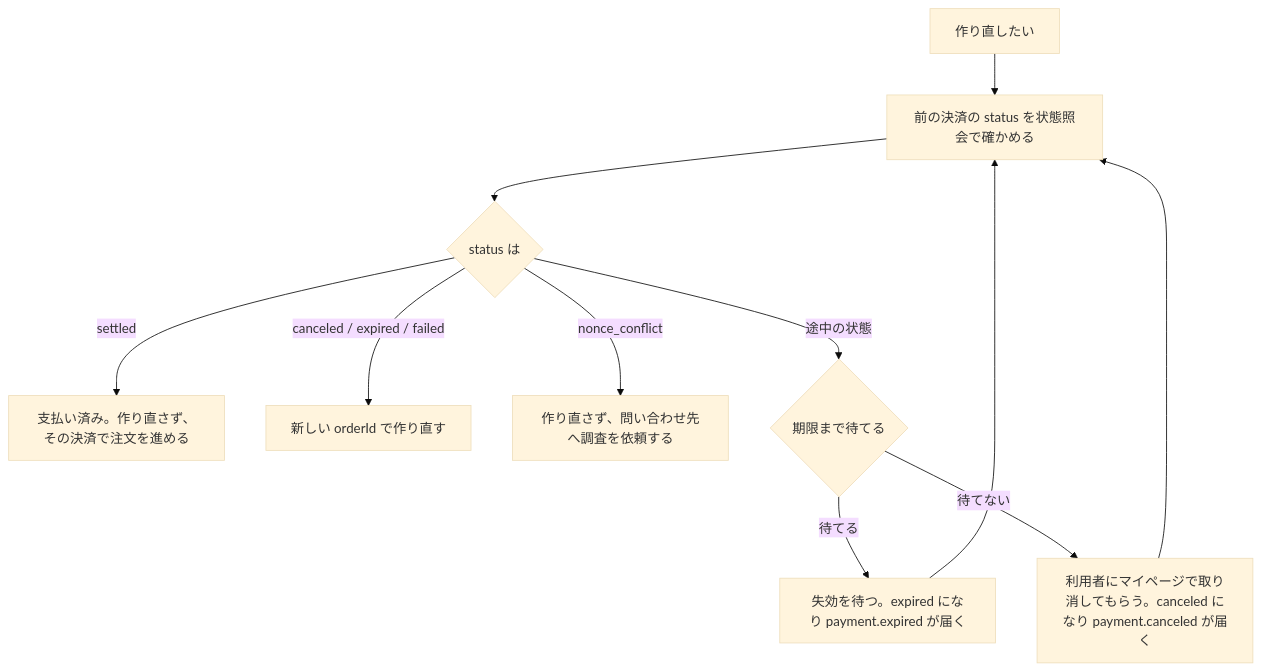
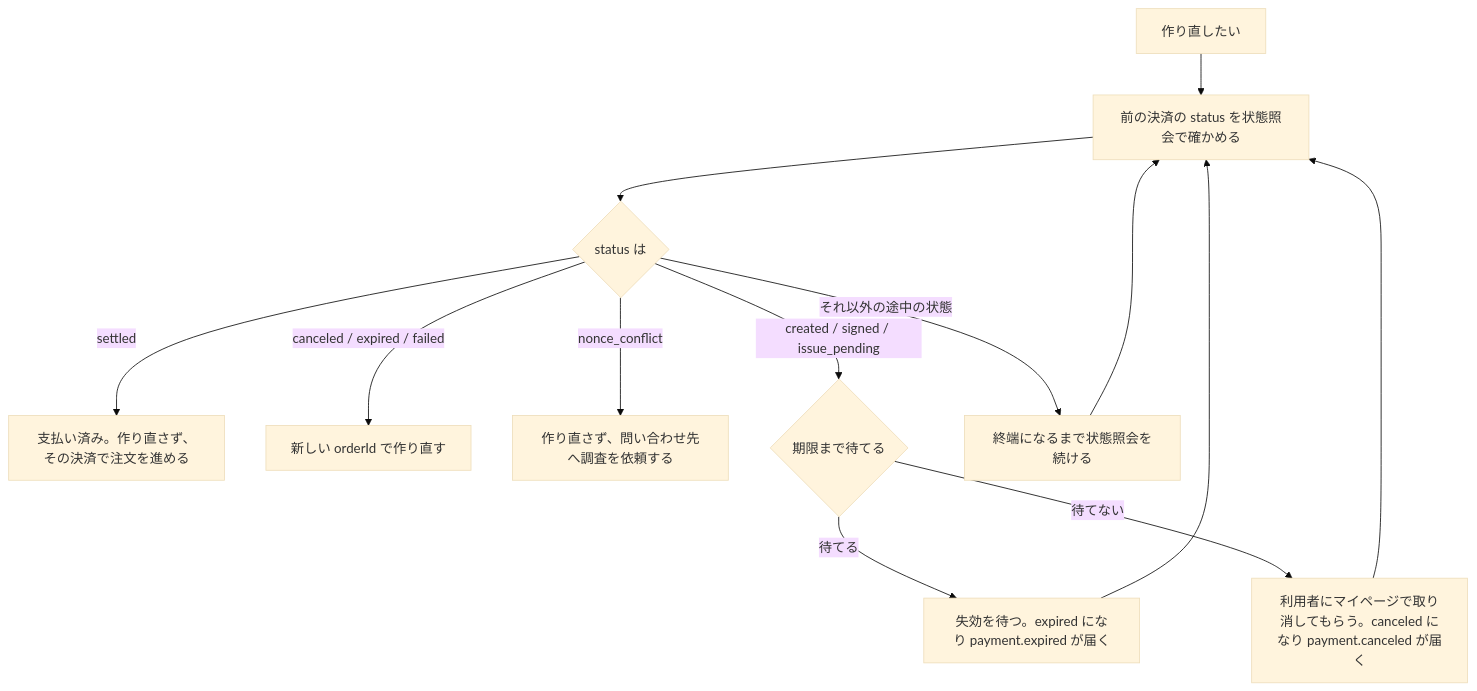
Before and after one commit to ango-ya/stbl-pay-site: the diagram in docs-site/docs/client/integrate-existing-ec.md, drawn with Mermaid (base theme). The commit also changed other lines of this file and 9 other files, not shown here.

````diff
--- a/docs-site/docs/client/integrate-existing-ec.md
+++ b/docs-site/docs/client/integrate-existing-ec.md
@@ -36,13 +36,15 @@
 ```mermaid
 flowchart TD
   A[作り直したい] --> B[前の決済の status を状態照会で確かめる]
   B --> C{status は}
   C -- settled --> D[支払い済み。作り直さず、その決済で注文を進める]
   C -- canceled / expired / failed --> E[新しい orderId で作り直す]
   C -- nonce_conflict --> F[作り直さず、問い合わせ先へ調査を依頼する]
-  C -- 途中の状態 --> G{期限まで待てる}
+  C -- created / signed / issue_pending --> G{期限まで待てる}
+  C -- それ以外の途中の状態 --> J[終端になるまで状態照会を続ける]
+  J --> B
   G -- 待てる --> H[失効を待つ。expired になり payment.expired が届く]
   G -- 待てない --> I[利用者にマイページで取り消してもらう。canceled になり payment.canceled が届く]
   H --> B
   I --> B
 ```
````
